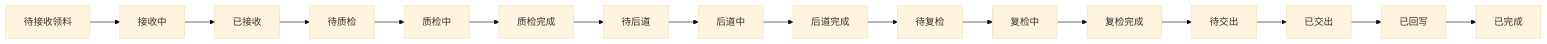
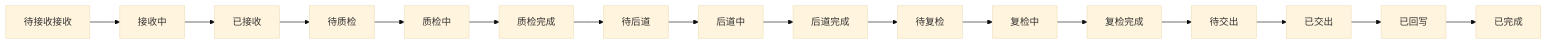
One commit to laoertongxue/higoods changed the seventh of 8 diagrams in docs/fcs-post-finishing-and-craft-tabs.md. Above: the diagram before and after it, drawn with Mermaid (base theme). The commit also changed other lines of this file and 312 other files, not shown here.

````diff
--- a/docs/fcs-post-finishing-and-craft-tabs.md
+++ b/docs/fcs-post-finishing-and-craft-tabs.md
@@ -109,18 +109,18 @@
 ```mermaid
 flowchart LR
-  A[待接收领料] --> B[接收中]
+  A[待接收接收] --> B[接收中]
   B --> C[已接收]
   C --> D[待质检]
   D --> E[质检中]
   E --> F[质检完成]
   F --> G[待后道]
   G --> H[后道中]
   H --> I[后道完成]
   I --> J[待复检]
   J --> K[复检中]
   K --> L[复检完成]
   L --> M[待交出]
   M --> N[已交出]
   N --> O[已回写]
   O --> P[已完成]
 ```
````
